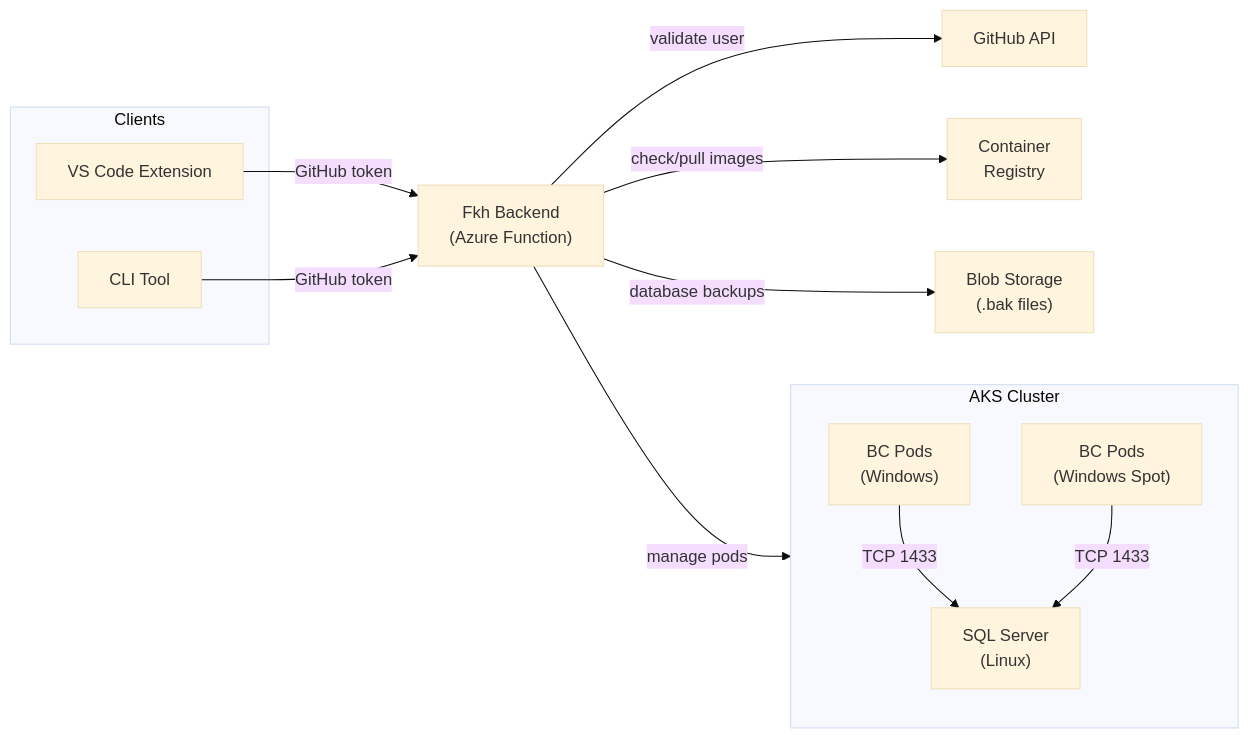
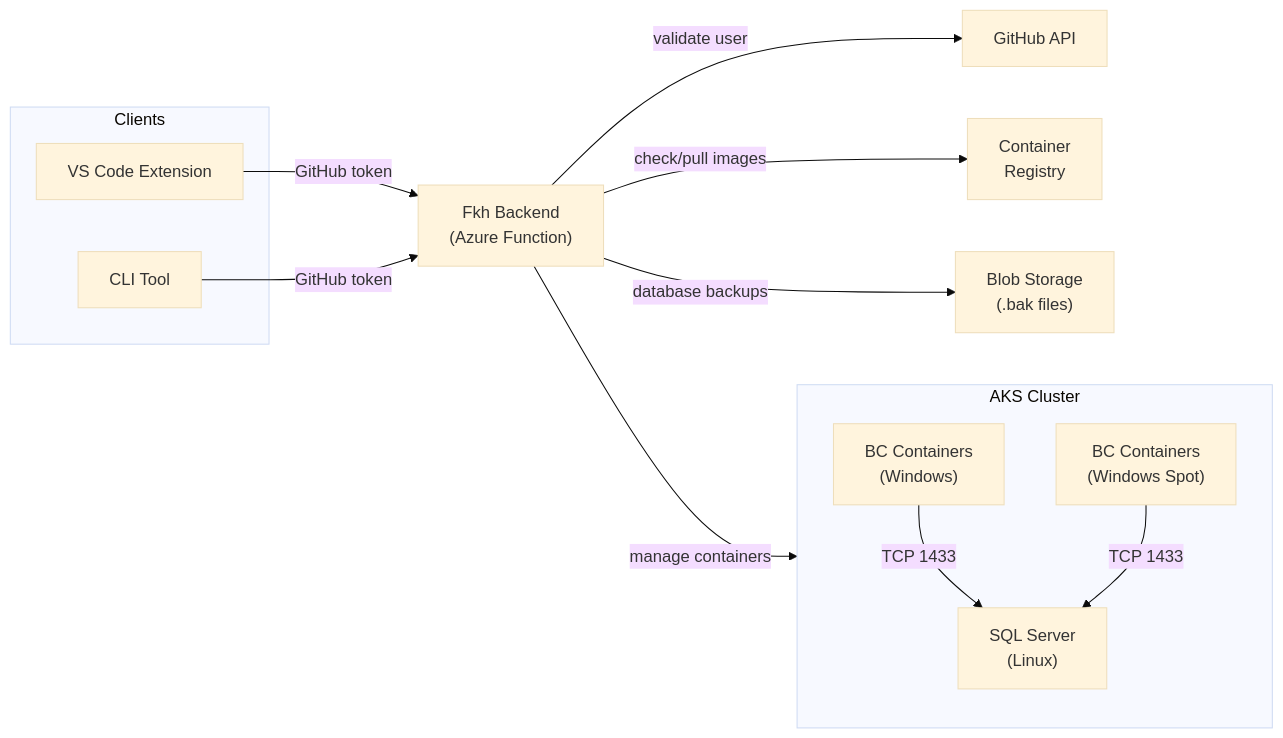
Before and after one commit to achim-t-org/Fkh: the first of 5 diagrams in Architecture.md, drawn with Mermaid (base theme). The commit also changed other lines of this file and 36 other files, not shown here.

Commit message:
rename pods to containers and nodes to VMs

````diff
--- a/Architecture.md
+++ b/Architecture.md
@@ -7,27 +7,27 @@
 ```mermaid
 graph LR
     subgraph Clients
         VSIX["VS Code Extension"]
         CLI["CLI Tool"]
     end
 
     FUNC["Fkh Backend<br/>(Azure Function)"]
     GH["GitHub API"]
 
     subgraph AKS["AKS Cluster"]
         direction TB
         SQL["SQL Server<br/>(Linux)"]
-        BC["BC Pods<br/>(Windows)"]
-        SPOT["BC Pods<br/>(Windows Spot)"]
+        BC["BC Containers<br/>(Windows)"]
+        SPOT["BC Containers<br/>(Windows Spot)"]
     end
 
     ACR["Container<br/>Registry"]
     BLOB["Blob Storage<br/>(.bak files)"]
 
     VSIX & CLI -->|"GitHub token"| FUNC
     FUNC -->|"validate user"| GH
-    FUNC -->|"manage pods"| AKS
+    FUNC -->|"manage containers"| AKS
     FUNC -->|"check/pull images"| ACR
     FUNC -->|"database backups"| BLOB
     BC & SPOT -->|"TCP 1433"| SQL
 ```
````
